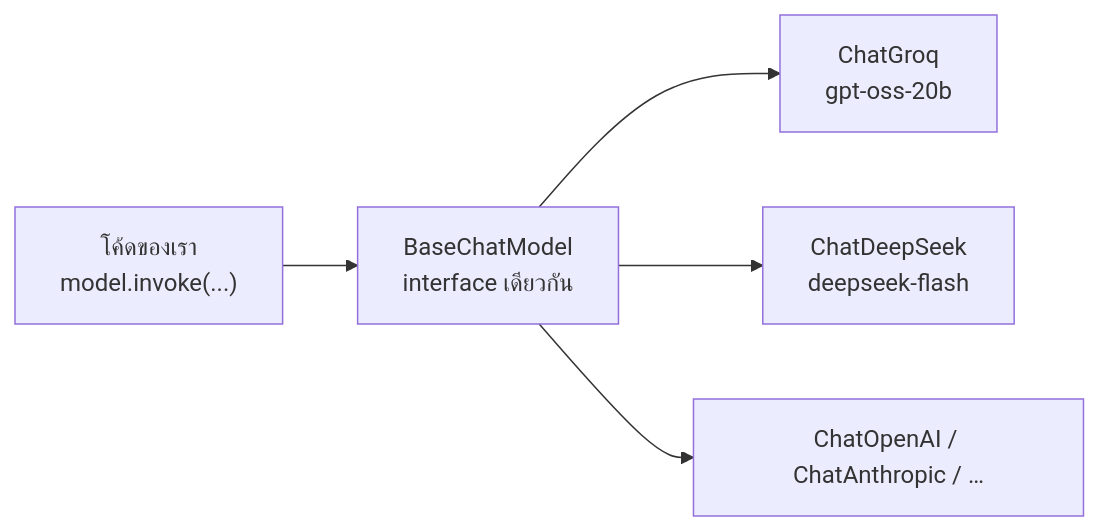
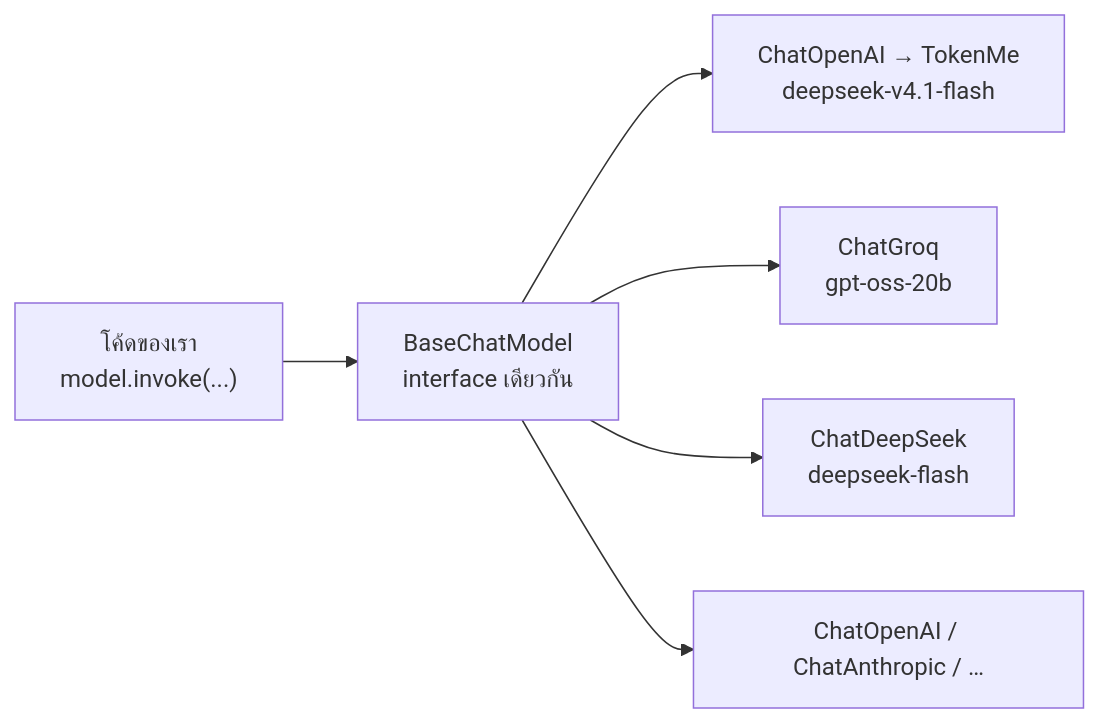
One commit to ArrayaWongsaita/DN_AI_LANGCHIN changed the diagram in parts/03-chat-models/README.md. Above: the diagram before and after it, drawn with Mermaid. The commit also changed other lines of this file and 7 other files, not shown here.

````diff
--- a/parts/03-chat-models/README.md
+++ b/parts/03-chat-models/README.md
@@ -92,7 +92,8 @@
 ```mermaid
 flowchart LR
   APP["โค้ดของเรา<br/>model.invoke(...)"] --> ABS["BaseChatModel<br/>interface เดียวกัน"]
+  ABS --> T["ChatOpenAI → TokenMe<br/>deepseek-v4.1-flash"]
   ABS --> G["ChatGroq<br/>gpt-oss-20b"]
   ABS --> D["ChatDeepSeek<br/>deepseek-flash"]
   ABS --> O["ChatOpenAI / ChatAnthropic / …"]
 ```
````
